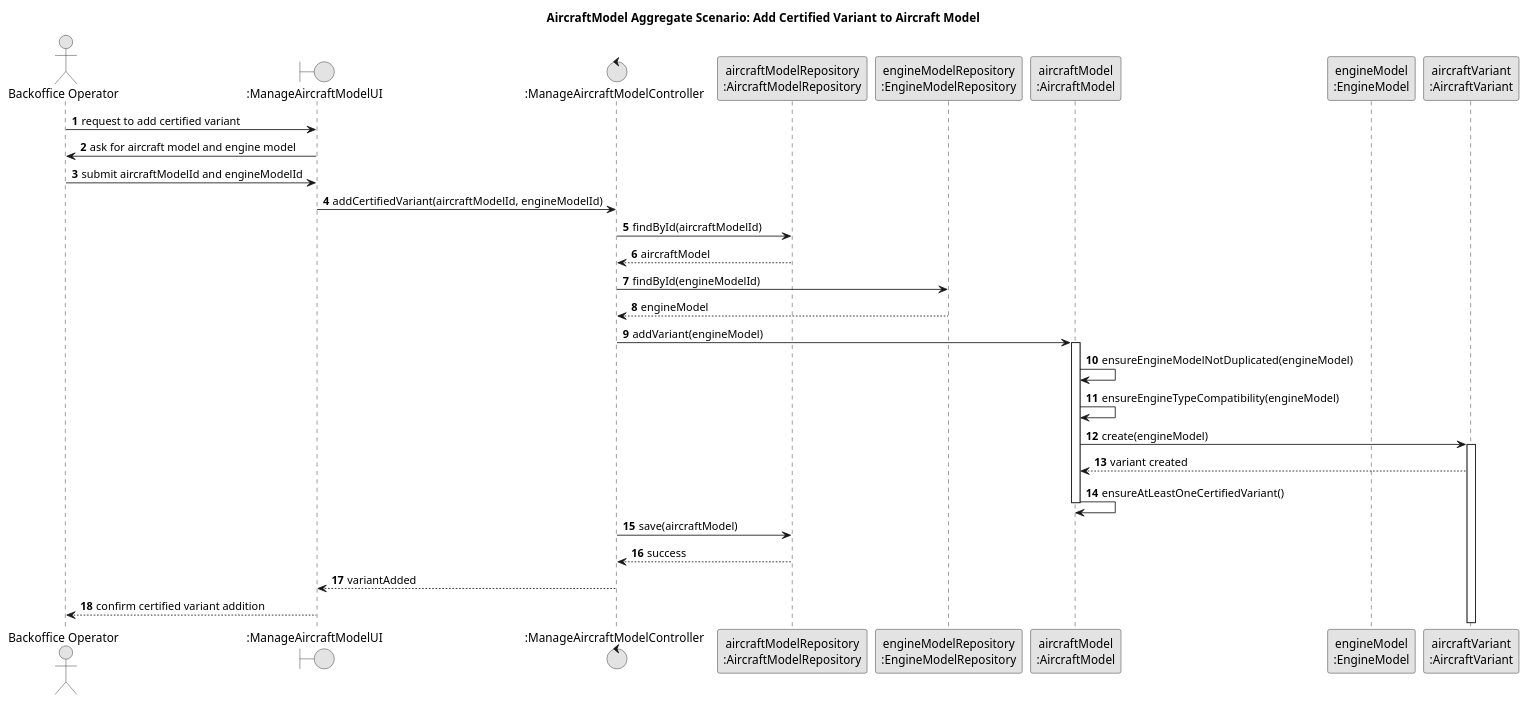
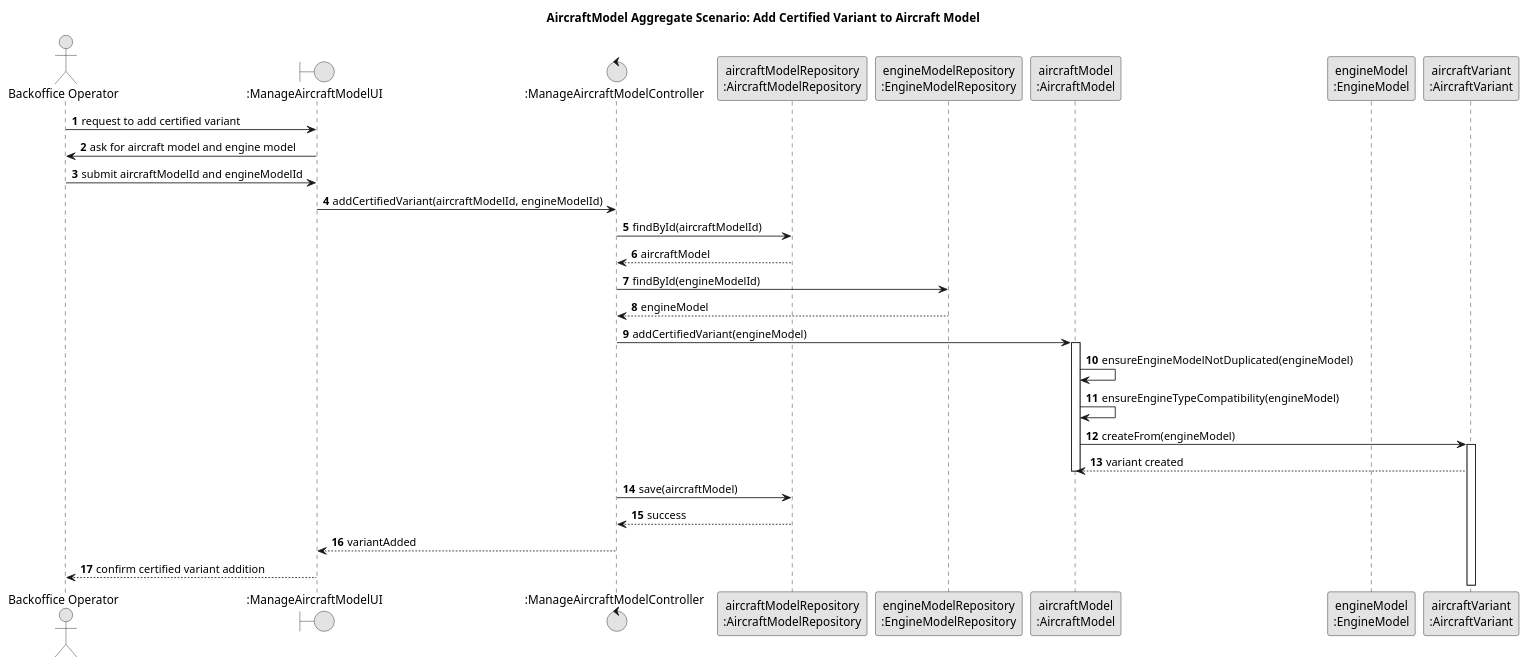
The diagram in docs/global-artifacts/03.design/puml/AircraftModelAggregate-SD.puml (GustavoFerreira24/flight-management-platform), drawn with PlantUML before and after one commit. The commit also changed 7 other files, not shown here.

Commit message:
US11 (Code & Docs) - Removed "data" and specified all of it from Aircraft, AircraftModel, EngineModel and Manufacturer SD's and clarified responsibilities in documentation [#18][#19]

```diff
--- a/docs/global-artifacts/03.design/puml/AircraftModelAggregate-SD.puml
+++ b/docs/global-artifacts/03.design/puml/AircraftModelAggregate-SD.puml
@@ -1,48 +1,48 @@
 @startuml
 title AircraftModel Aggregate Scenario: Add Certified Variant to Aircraft Model
 
 skinparam monochrome true
 skinparam packageStyle rectangle
 skinparam shadowing false
 
 autonumber
 
 actor "Backoffice Operator" as BO
 boundary ":ManageAircraftModelUI" as UI
 control ":ManageAircraftModelController" as C
 participant "aircraftModelRepository\n:AircraftModelRepository" as AircraftModelRepo
 participant "engineModelRepository\n:EngineModelRepository" as EngineModelRepo
 participant "aircraftModel\n:AircraftModel" as AircraftModel
 participant "engineModel\n:EngineModel" as EngineModel
 participant "aircraftVariant\n:AircraftVariant" as AircraftVariant
 
 BO -> UI : request to add certified variant
 UI -> BO : ask for aircraft model and engine model
 
 BO -> UI : submit aircraftModelId and engineModelId
 UI -> C : addCertifiedVariant(aircraftModelId, engineModelId)
 
 C -> AircraftModelRepo : findById(aircraftModelId)
 AircraftModelRepo --> C : aircraftModel
 
 C -> EngineModelRepo : findById(engineModelId)
 EngineModelRepo --> C : engineModel
 
-C -> AircraftModel : addVariant(engineModel)
+C -> AircraftModel : addCertifiedVariant(engineModel)
 activate AircraftModel
 
 AircraftModel -> AircraftModel : ensureEngineModelNotDuplicated(engineModel)
 AircraftModel -> AircraftModel : ensureEngineTypeCompatibility(engineModel)
-AircraftModel -> AircraftVariant ++ : create(engineModel)
+
+AircraftModel -> AircraftVariant ++ : createFrom(engineModel)
 AircraftVariant --> AircraftModel : variant created
-AircraftModel -> AircraftModel : ensureAtLeastOneCertifiedVariant()
 
 deactivate AircraftModel
 
 C -> AircraftModelRepo : save(aircraftModel)
 AircraftModelRepo --> C : success
 
 C --> UI : variantAdded
 UI --> BO : confirm certified variant addition
 
 @enduml
```
